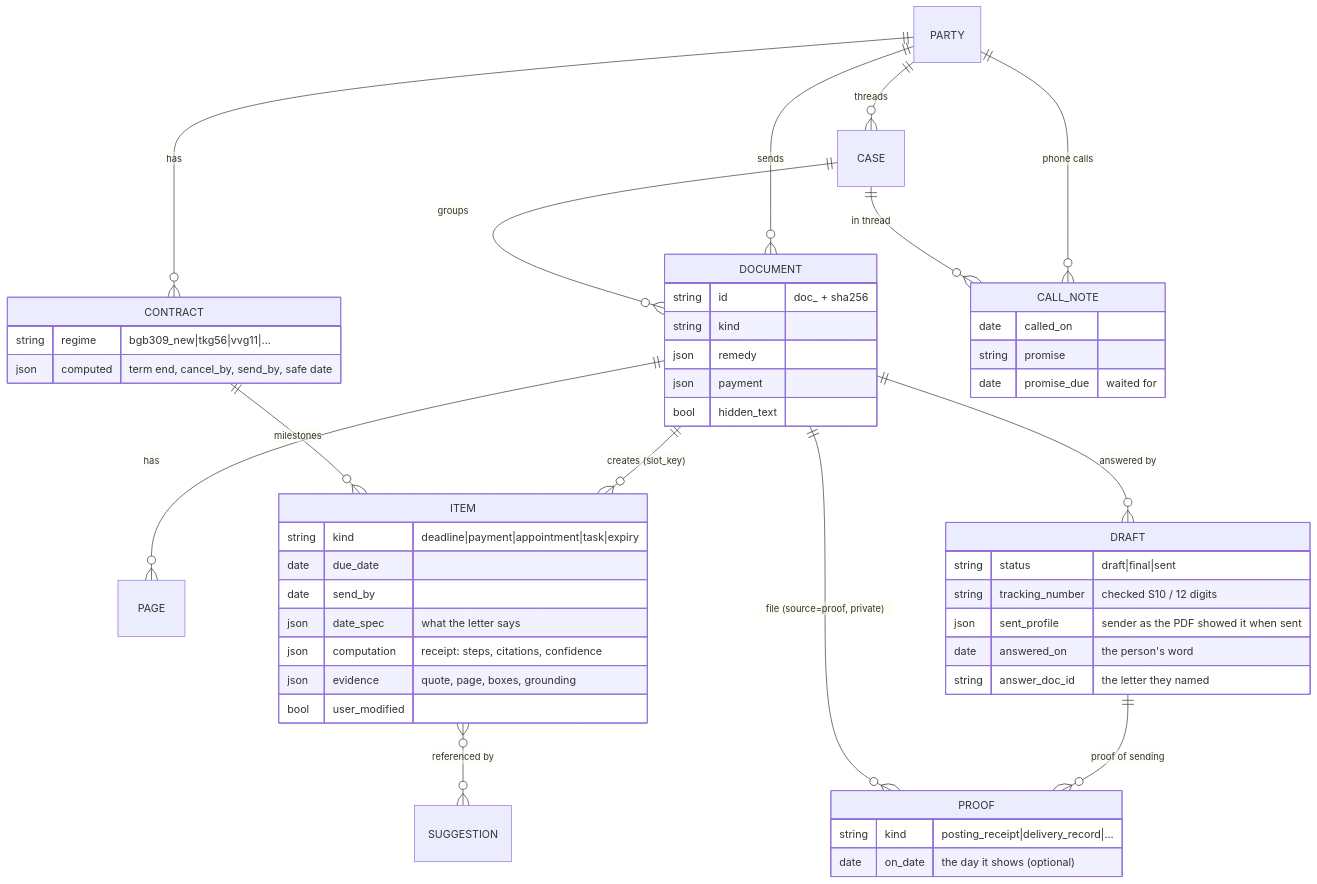
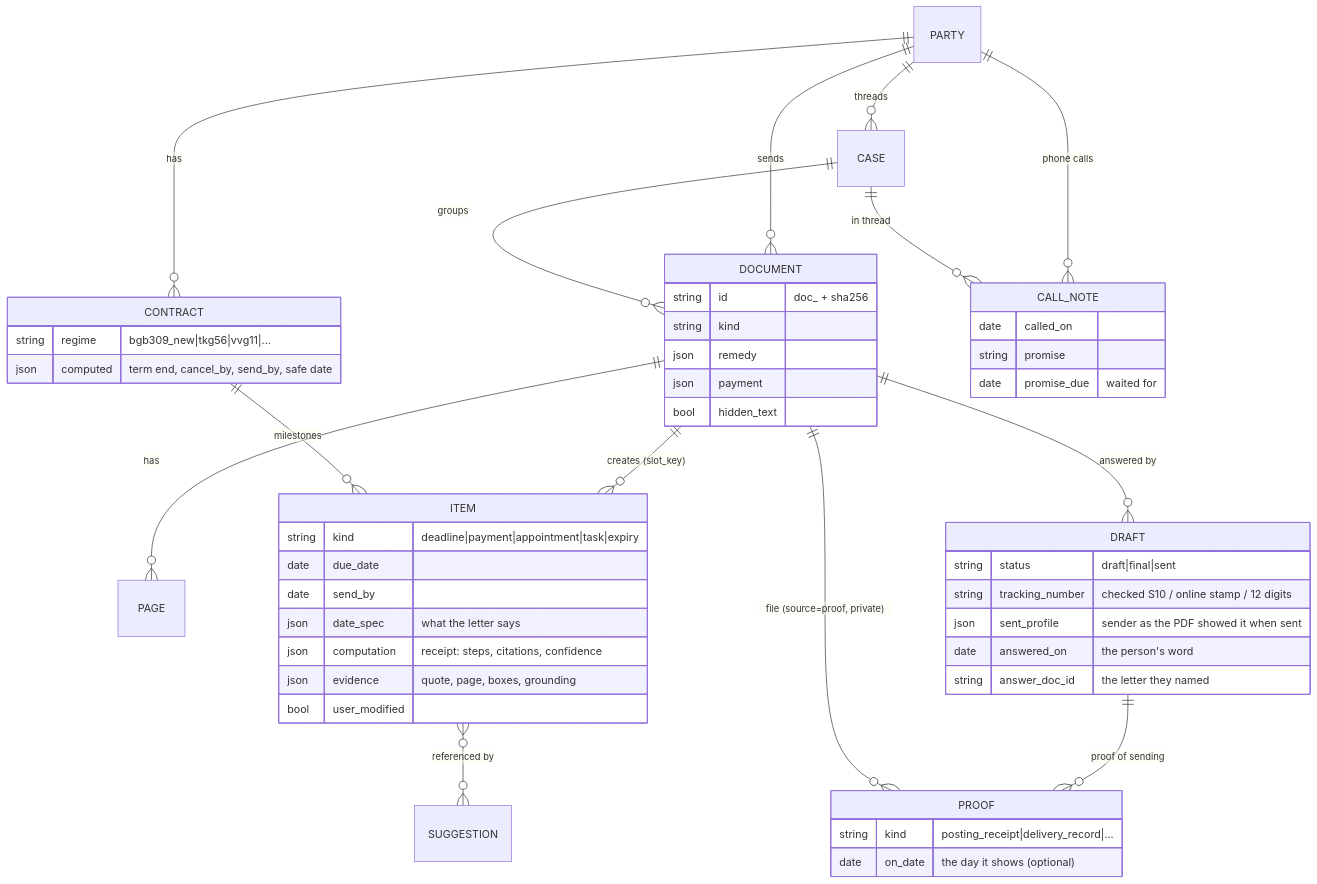
Before and after one commit to ahmedEid1/ordnung: the fifth of 5 diagrams in docs/architecture.md, drawn with Mermaid. The commit also changed other lines of this file and 19 other files, not shown here.

````diff
--- a/docs/architecture.md
+++ b/docs/architecture.md
@@ -179,52 +179,52 @@
 ```mermaid
 erDiagram
   PARTY ||--o{ DOCUMENT : sends
   PARTY ||--o{ CONTRACT : "has"
   PARTY ||--o{ CASE : "threads"
   CASE ||--o{ DOCUMENT : groups
   DOCUMENT ||--o{ PAGE : has
   DOCUMENT ||--o{ ITEM : "creates (slot_key)"
   CONTRACT ||--o{ ITEM : "milestones"
   ITEM }o--o{ SUGGESTION : "referenced by"
   DOCUMENT ||--o{ DRAFT : "answered by"
   DRAFT ||--o{ PROOF : "proof of sending"
   PROOF }o--|| DOCUMENT : "file (source=proof, private)"
   PARTY ||--o{ CALL_NOTE : "phone calls"
   CASE ||--o{ CALL_NOTE : "in thread"
   DRAFT {
     string status "draft|final|sent"
-    string tracking_number "checked S10 / 12 digits"
+    string tracking_number "checked S10 / online stamp / 12 digits"
     json sent_profile "sender as the PDF showed it when sent"
     date answered_on "the person's word"
     string answer_doc_id "the letter they named"
   }
   PROOF {
     string kind "posting_receipt|delivery_record|..."
     date on_date "the day it shows (optional)"
   }
   CALL_NOTE {
     date called_on
     string promise
     date promise_due "waited for"
   }
   DOCUMENT {
     string id "doc_ + sha256"
     string kind
     json remedy
     json payment
     bool hidden_text
   }
   ITEM {
     string kind "deadline|payment|appointment|task|expiry"
     date due_date
     date send_by
     json date_spec "what the letter says"
     json computation "receipt: steps, citations, confidence"
     json evidence "quote, page, boxes, grounding"
     bool user_modified
   }
   CONTRACT {
     string regime "bgb309_new|tkg56|vvg11|..."
     json computed "term end, cancel_by, send_by, safe date"
   }
 ```
````
